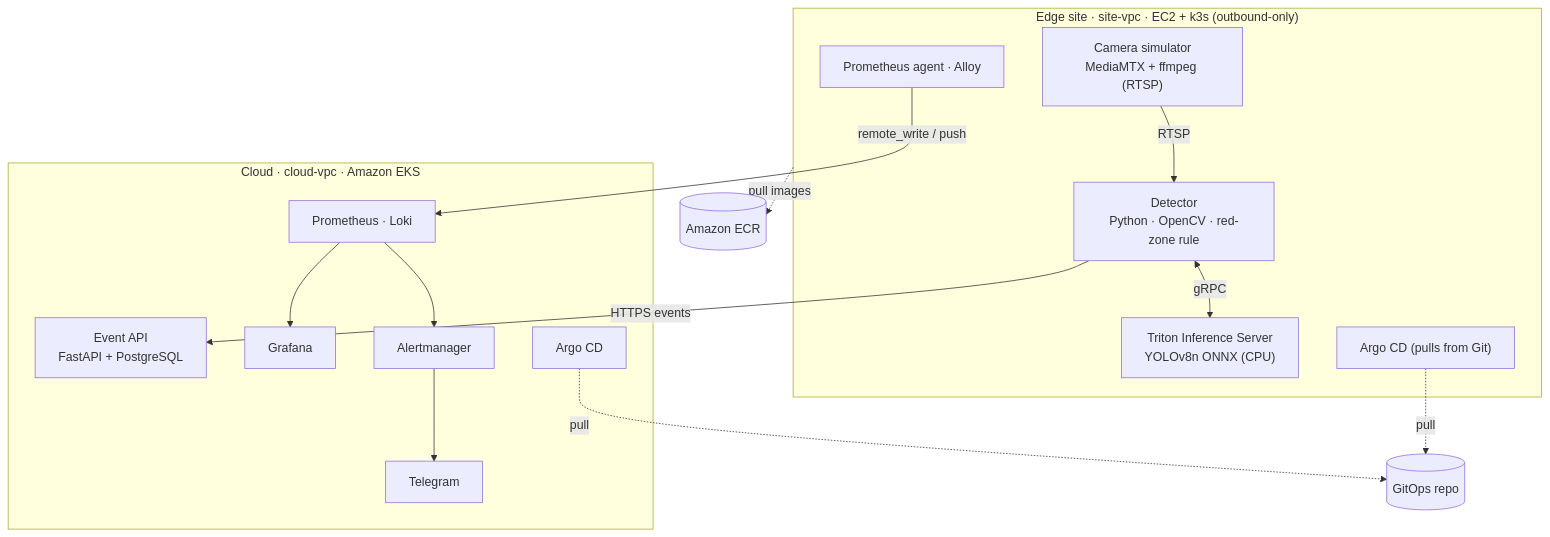
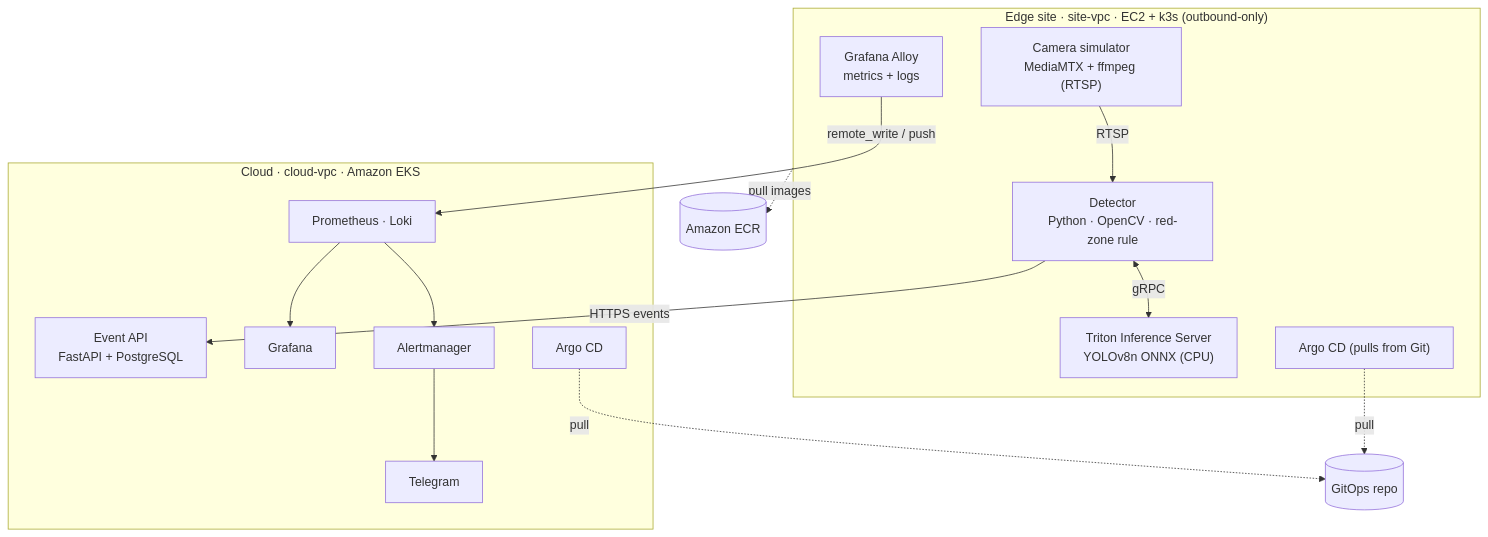
Before and after one commit to HuanNguyen09/minieyes: the first of 2 diagrams in README.md, drawn with Mermaid. The commit also changed other lines of this file and 2 other files, not shown here.

````diff
--- a/README.md
+++ b/README.md
@@ -18,25 +18,25 @@
 ```mermaid
 flowchart TB
   subgraph EDGE["Edge site · site-vpc · EC2 + k3s (outbound-only)"]
     CAM["Camera simulator<br/>MediaMTX + ffmpeg (RTSP)"] -->|RTSP| DET["Detector<br/>Python · OpenCV · red-zone rule"]
     DET <-->|gRPC| TRI["Triton Inference Server<br/>YOLOv8n ONNX (CPU)"]
-    AGT["Prometheus agent · Alloy"]
+    AGT["Grafana Alloy<br/>metrics + logs"]
     ARGOE["Argo CD (pulls from Git)"]
   end
 
   subgraph CLOUD["Cloud · cloud-vpc · Amazon EKS"]
     API["Event API<br/>FastAPI + PostgreSQL"]
     PROM["Prometheus · Loki"] --> GRAF["Grafana"]
     PROM --> AM["Alertmanager"] --> TG["Telegram"]
     ARGOC["Argo CD"]
   end
 
   ECR[("Amazon ECR")]
   GIT[("GitOps repo")]
 
   DET -->|HTTPS events| API
   AGT -->|remote_write / push| PROM
   ARGOE -. pull .-> GIT
   ARGOC -. pull .-> GIT
   EDGE -. pull images .-> ECR
 ```
````
